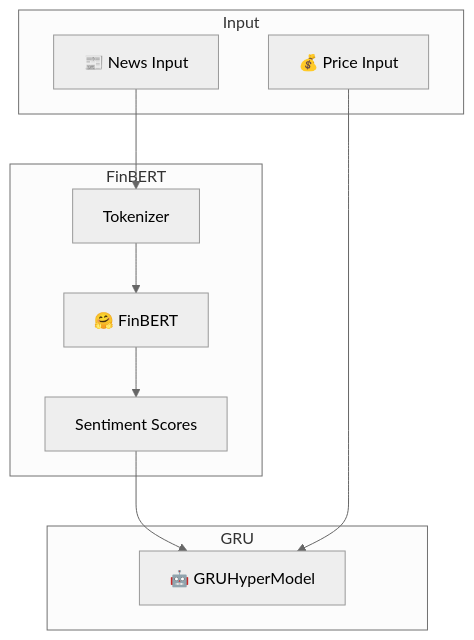
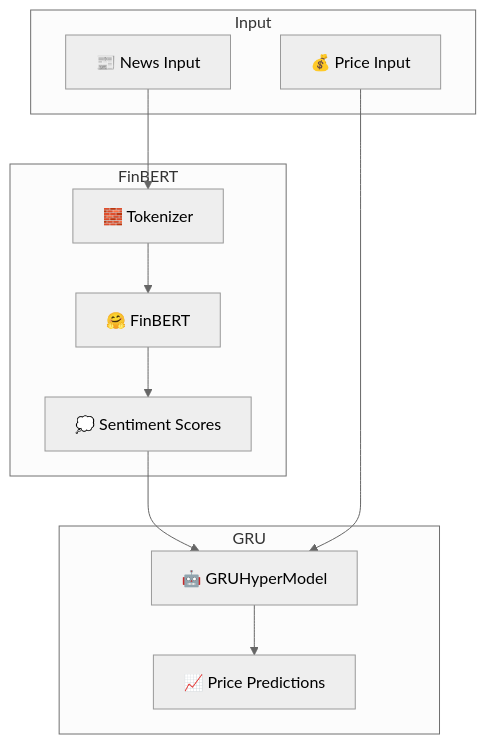
One commit to marcocamilo/stock-sentiment-prediction changed the first of 3 diagrams in model-architectures.md. Above: the diagram before and after it, drawn with Mermaid (neutral theme). The commit also changed other lines of this file and 3 other files, not shown here.

````diff
--- a/model-architectures.md
+++ b/model-architectures.md
@@ -5,20 +5,21 @@
 ```mermaid
 graph TD
 
     subgraph Input
         A["📰 News Input"]
         B["💰 Price Input"]
     end
 
     subgraph FinBERT
-        A --> C[Tokenizer]
+        A --> C["🧱 Tokenizer"]
         C --> D["🤗 FinBERT"]
-        D --> E[Sentiment Scores]
+        D --> E["💭 Sentiment Scores"]
     end
 
     subgraph GRU
         E --> F["🤖 GRUHyperModel"]
         B --> F
+        F --> G["📈 Price Predictions"]
     end
 
 ```
````
